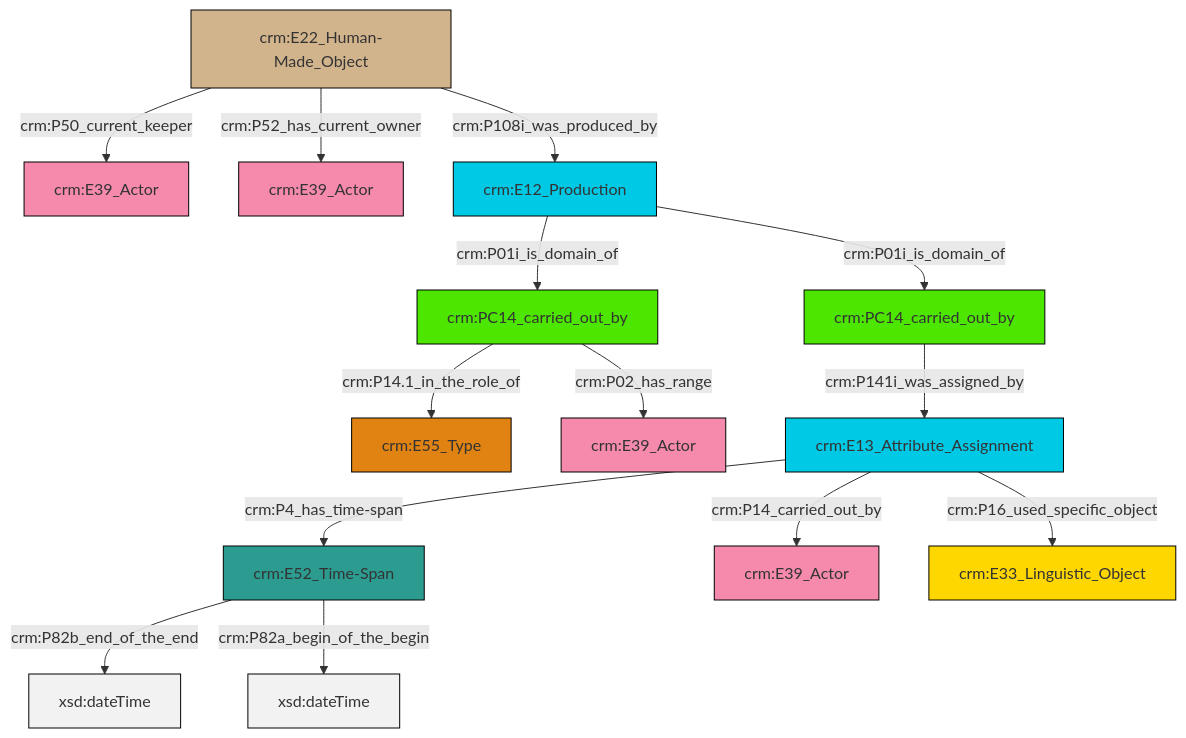
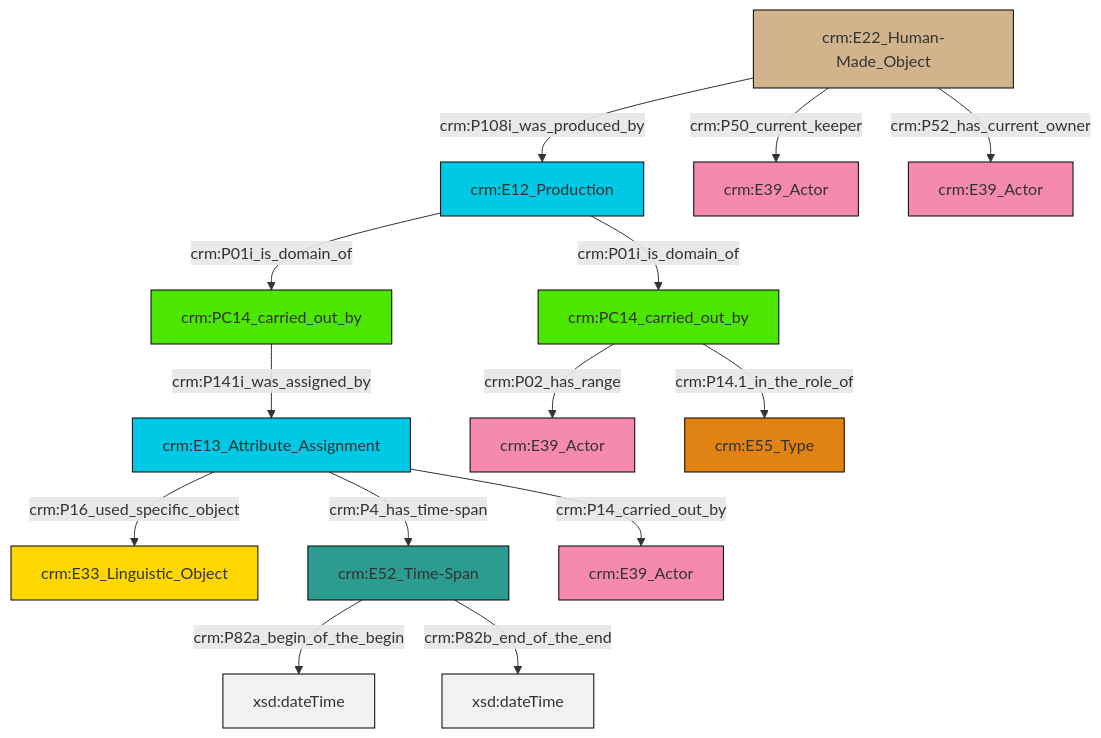
The diagram in et/carrierCSV/ttl/mmd/carrier_relations.ttl.mmd (swiss-art-research-net/docs.swissartresearch), drawn with Mermaid before and after one commit. The commit also changed 185 other files, not shown here.

```diff
--- a/et/carrierCSV/ttl/mmd/carrier_relations.ttl.mmd
+++ b/et/carrierCSV/ttl/mmd/carrier_relations.ttl.mmd
@@ -1,28 +1,28 @@
 graph TD
 classDef Literal fill:#f2f2f2,stroke:#000000;
 classDef CRM_Entity fill:#FFFFFF,stroke:#000000;
 classDef Temporal_Entity fill:#00C9E6, stroke:#000000;
 classDef Type fill:#E18312, stroke:#000000;
 classDef Time-Span fill:#2C9C91, stroke:#000000;
 classDef Appellation fill:#FFEB7F, stroke:#000000;
 classDef Place fill:#008836, stroke:#000000;
 classDef Persistent_Item fill:#B266B2, stroke:#000000;
 classDef Conceptual_Object fill:#FFD700, stroke:#000000;
 classDef Physical_Thing fill:#D2B48C, stroke:#000000;
 classDef Actor fill:#f58aad, stroke:#000000;
 classDef PC_Classes fill:#4ce600, stroke:#000000;
 classDef Multi fill:#cccccc,stroke:#000000;
 
-0["crm:PC14_carried_out_by"]:::PC_Classes -->|crm:P14.1_in_the_role_of| 1["crm:E55_Type"]:::Type
-4["crm:E22_Human-Made_Object"]:::Physical_Thing -->|crm:P50_current_keeper| 5["crm:E39_Actor"]:::Actor
-6["crm:PC14_carried_out_by"]:::PC_Classes -->|crm:P141i_was_assigned_by| 11["crm:E13_Attribute_Assignment"]:::Temporal_Entity
-12["crm:E52_Time-Span"]:::Time-Span -->|crm:P82b_end_of_the_end| 13[xsd:dateTime]:::Literal
-15["crm:E12_Production"]:::Temporal_Entity -->|crm:P01i_is_domain_of| 6["crm:PC14_carried_out_by"]:::PC_Classes
-11["crm:E13_Attribute_Assignment"]:::Temporal_Entity -->|crm:P14_carried_out_by| 16["crm:E39_Actor"]:::Actor
-12["crm:E52_Time-Span"]:::Time-Span -->|crm:P82a_begin_of_the_begin| 17[xsd:dateTime]:::Literal
-4["crm:E22_Human-Made_Object"]:::Physical_Thing -->|crm:P108i_was_produced_by| 15["crm:E12_Production"]:::Temporal_Entity
-0["crm:PC14_carried_out_by"]:::PC_Classes -->|crm:P02_has_range| 2["crm:E39_Actor"]:::Actor
-11["crm:E13_Attribute_Assignment"]:::Temporal_Entity -->|crm:P16_used_specific_object| 18["crm:E33_Linguistic_Object"]:::Conceptual_Object
-15["crm:E12_Production"]:::Temporal_Entity -->|crm:P01i_is_domain_of| 0["crm:PC14_carried_out_by"]:::PC_Classes
-11["crm:E13_Attribute_Assignment"]:::Temporal_Entity -->|crm:P4_has_time-span| 12["crm:E52_Time-Span"]:::Time-Span
-4["crm:E22_Human-Made_Object"]:::Physical_Thing -->|crm:P52_has_current_owner| 8["crm:E39_Actor"]:::Actor
+0["crm:E12_Production"]:::Temporal_Entity -->|crm:P01i_is_domain_of| 1["crm:PC14_carried_out_by"]:::PC_Classes
+2["crm:E13_Attribute_Assignment"]:::Temporal_Entity -->|crm:P16_used_specific_object| 3["crm:E33_Linguistic_Object"]:::Conceptual_Object
+1["crm:PC14_carried_out_by"]:::PC_Classes -->|crm:P02_has_range| 4["crm:E39_Actor"]:::Actor
+0["crm:E12_Production"]:::Temporal_Entity -->|crm:P01i_is_domain_of| 5["crm:PC14_carried_out_by"]:::PC_Classes
+6["crm:E52_Time-Span"]:::Time-Span -->|crm:P82a_begin_of_the_begin| 7[xsd:dateTime]:::Literal
+5["crm:PC14_carried_out_by"]:::PC_Classes -->|crm:P141i_was_assigned_by| 2["crm:E13_Attribute_Assignment"]:::Temporal_Entity
+6["crm:E52_Time-Span"]:::Time-Span -->|crm:P82b_end_of_the_end| 8[xsd:dateTime]:::Literal
+2["crm:E13_Attribute_Assignment"]:::Temporal_Entity -->|crm:P14_carried_out_by| 11["crm:E39_Actor"]:::Actor
+18["crm:E22_Human-Made_Object"]:::Physical_Thing -->|crm:P52_has_current_owner| 12["crm:E39_Actor"]:::Actor
+2["crm:E13_Attribute_Assignment"]:::Temporal_Entity -->|crm:P4_has_time-span| 6["crm:E52_Time-Span"]:::Time-Span
+1["crm:PC14_carried_out_by"]:::PC_Classes -->|crm:P14.1_in_the_role_of| 15["crm:E55_Type"]:::Type
+18["crm:E22_Human-Made_Object"]:::Physical_Thing -->|crm:P50_current_keeper| 9["crm:E39_Actor"]:::Actor
+18["crm:E22_Human-Made_Object"]:::Physical_Thing -->|crm:P108i_was_produced_by| 0["crm:E12_Production"]:::Temporal_Entity
```
